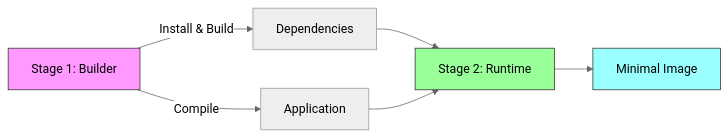
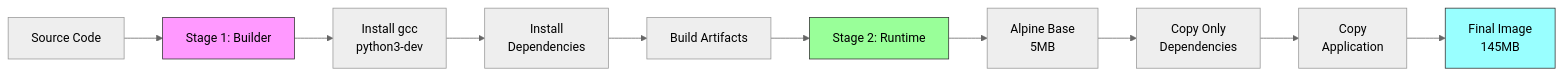
Before and after one commit to pravindev666/Multi-Stage-Docker-Build-Pipeline: the second of 5 diagrams in README.md, drawn with Mermaid (neutral theme). The commit also changed other lines of this file, not shown here.

````diff
--- a/README.md
+++ b/README.md
@@ -117,12 +102,16 @@
 ```mermaid
-graph LR
-    A[Stage 1: Builder] -->|Install & Build| B[Dependencies]
-    A -->|Compile| C[Application]
-    B --> D[Stage 2: Runtime]
-    C --> D
-    D --> E[Minimal Image]
+flowchart LR
+    A[Source Code] --> B[Stage 1: Builder]
+    B --> C[Install gcc<br/>python3-dev]
+    C --> D[Install<br/>Dependencies]
+    D --> E[Build Artifacts]
+    E --> F[Stage 2: Runtime]
+    F --> G[Alpine Base<br/>5MB]
+    G --> H[Copy Only<br/>Dependencies]
+    H --> I[Copy<br/>Application]
+    I --> J[Final Image<br/>145MB]
     
-    style A fill:#f9f,stroke:#333
-    style D fill:#9f9,stroke:#333
-    style E fill:#9ff,stroke:#333
+    style B fill:#f9f,stroke:#333
+    style F fill:#9f9,stroke:#333
+    style J fill:#9ff,stroke:#333
 ```
````
